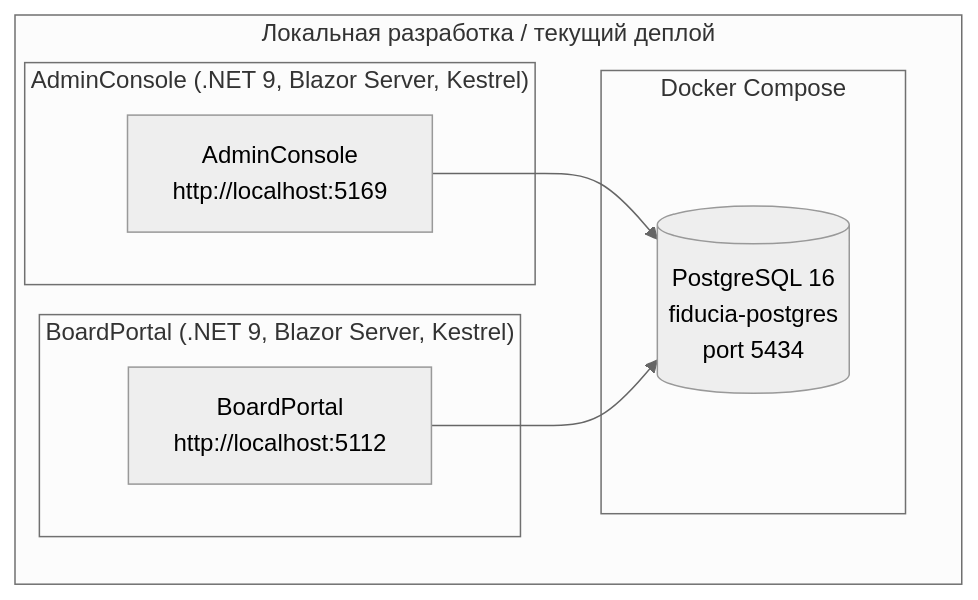
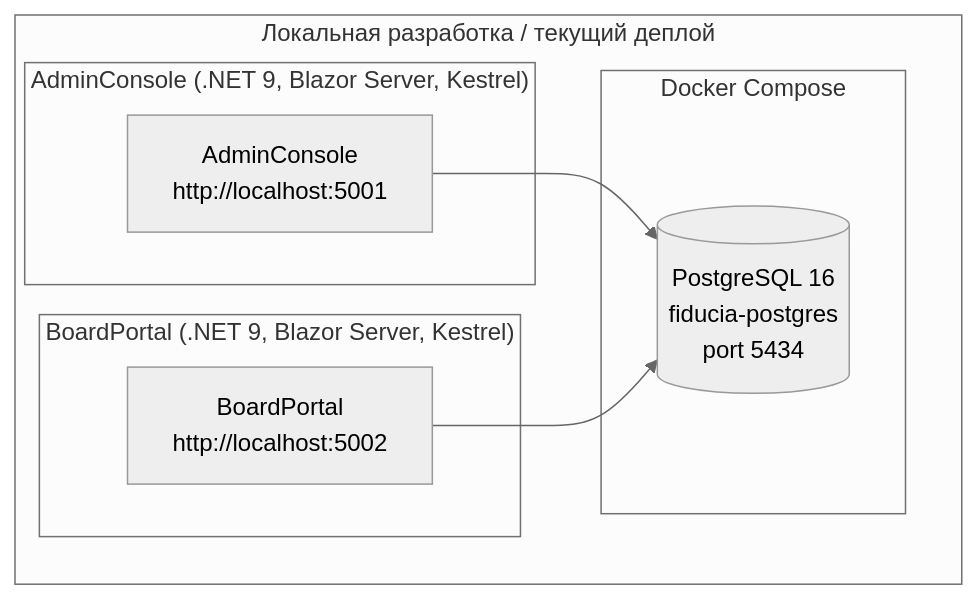
One commit to arsenyuk/SamorodinkaTech.Fiducia changed the sixth of 7 diagrams in docs/architecture.md. Above: the diagram before and after it, drawn with Mermaid (neutral theme). The commit also changed other lines of this file and 6 other files, not shown here.

````diff
--- a/docs/architecture.md
+++ b/docs/architecture.md
@@ -524,19 +389,19 @@
 ```mermaid
 graph TB
     subgraph "Локальная разработка / текущий деплой"
         subgraph "AdminConsole (.NET 9, Blazor Server, Kestrel)"
-            ADMIN[AdminConsole<br/>http://localhost:5169]
+            ADMIN[AdminConsole<br/>http://localhost:5001]
         end
 
         subgraph "BoardPortal (.NET 9, Blazor Server, Kestrel)"
-            BOARD[BoardPortal<br/>http://localhost:5112]
+            BOARD[BoardPortal<br/>http://localhost:5002]
         end
 
         subgraph "Docker Compose"
             PG[(PostgreSQL 16<br/>fiducia-postgres<br/>port 5434)]
         end
     end
 
     ADMIN --> PG
     BOARD --> PG
 ```
````
